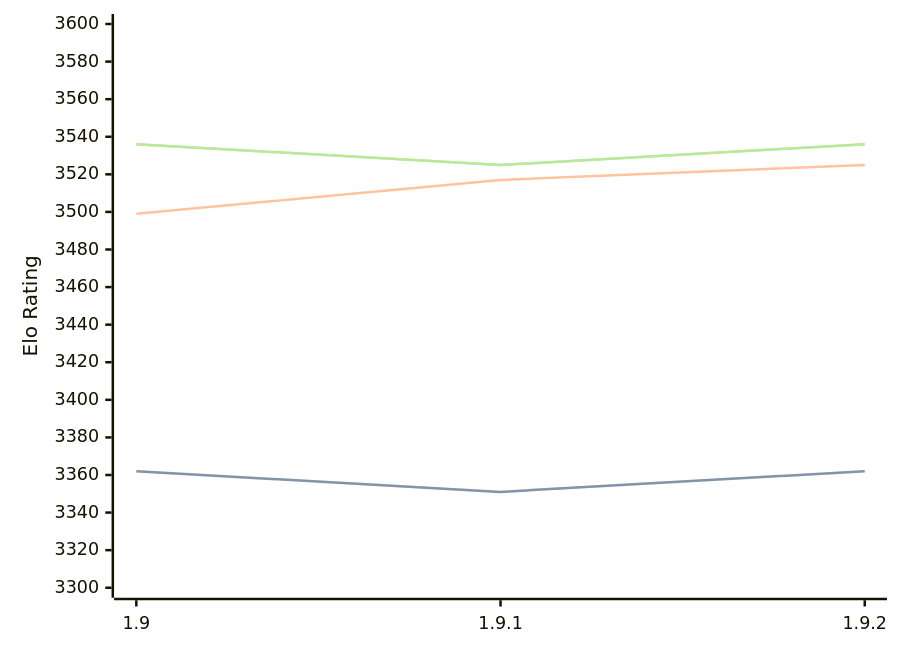
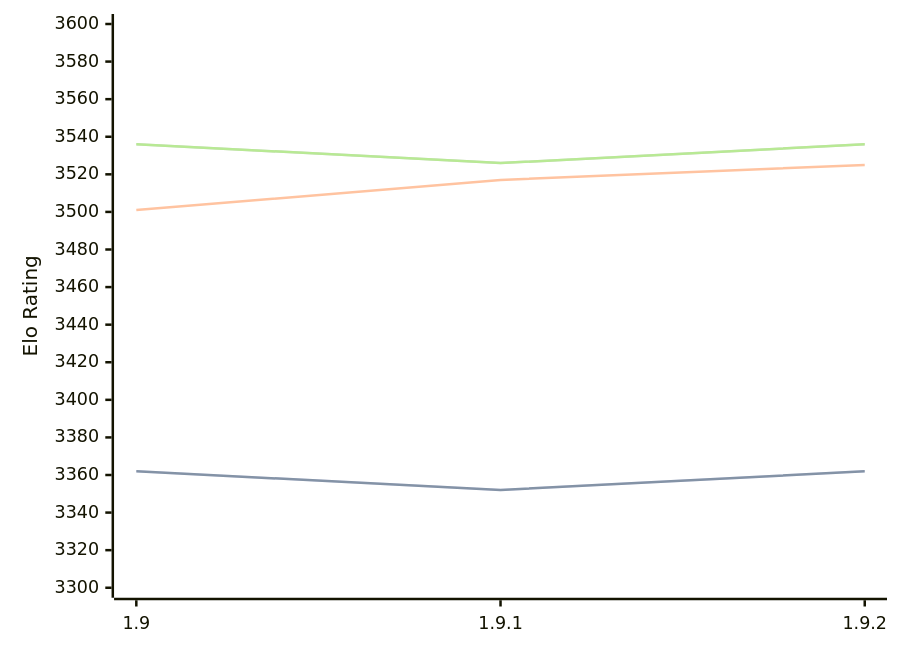
Before and after one commit to computer-chess-index/cci: the diagram in engines/Pawnocchio.md, drawn with Mermaid. The commit also changed other lines of this file, not shown here.

Commit message:
Update CCI Ratings (ELO VLTC) - 2026-05-21

````diff
--- a/engines/Pawnocchio.md
+++ b/engines/Pawnocchio.md
@@ -48,11 +48,11 @@
 ```mermaid
 %%{init: {"theme":"base","themeVariables":{"seriesColors:['#a3a3a3','#222221','#faa371']}}}%%
 xychart-beta
   x-axis ["1.9", "1.9.1", "1.9.2"]
   y-axis "Elo Rating" 3300 --> 3600
-  line "STC (8.0+0.08s)" [3362, 3351, 3362]
-  line "STC (8.0+0.08s)" [3362, 3351, 3362]
-  line "LTC (60.0+0.60s)" [3499, 3517, 3525]
-  line "VLTC (2m24s+1.12s)" [3536, 3525, 3536]
-  line "VLTC (2m24s+1.12s)" [3536, 3525, 3536]
+  line "STC (8.0+0.08s)" [3362, 3352, 3362]
+  line "STC (8.0+0.08s)" [3362, 3352, 3362]
+  line "LTC (60.0+0.60s)" [3501, 3517, 3525]
+  line "VLTC (2m24s+1.12s)" [3536, 3526, 3536]
+  line "VLTC (2m24s+1.12s)" [3536, 3526, 3536]
 ```
````
